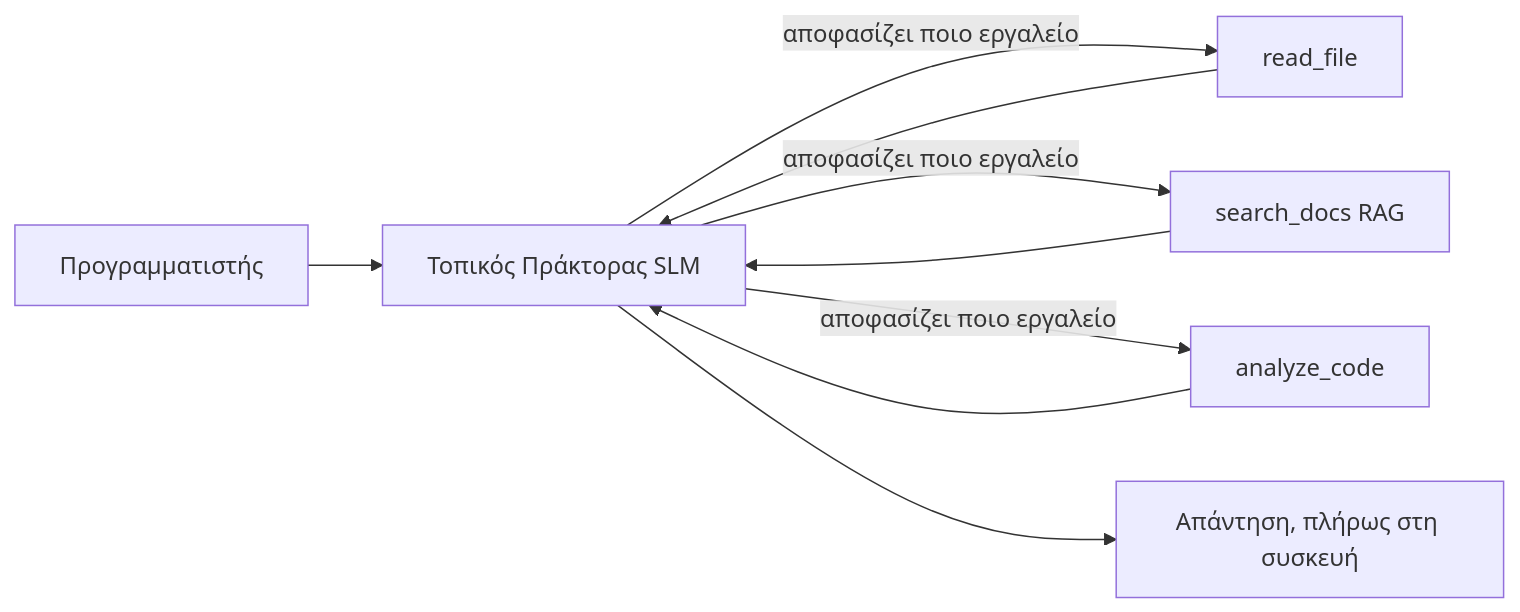
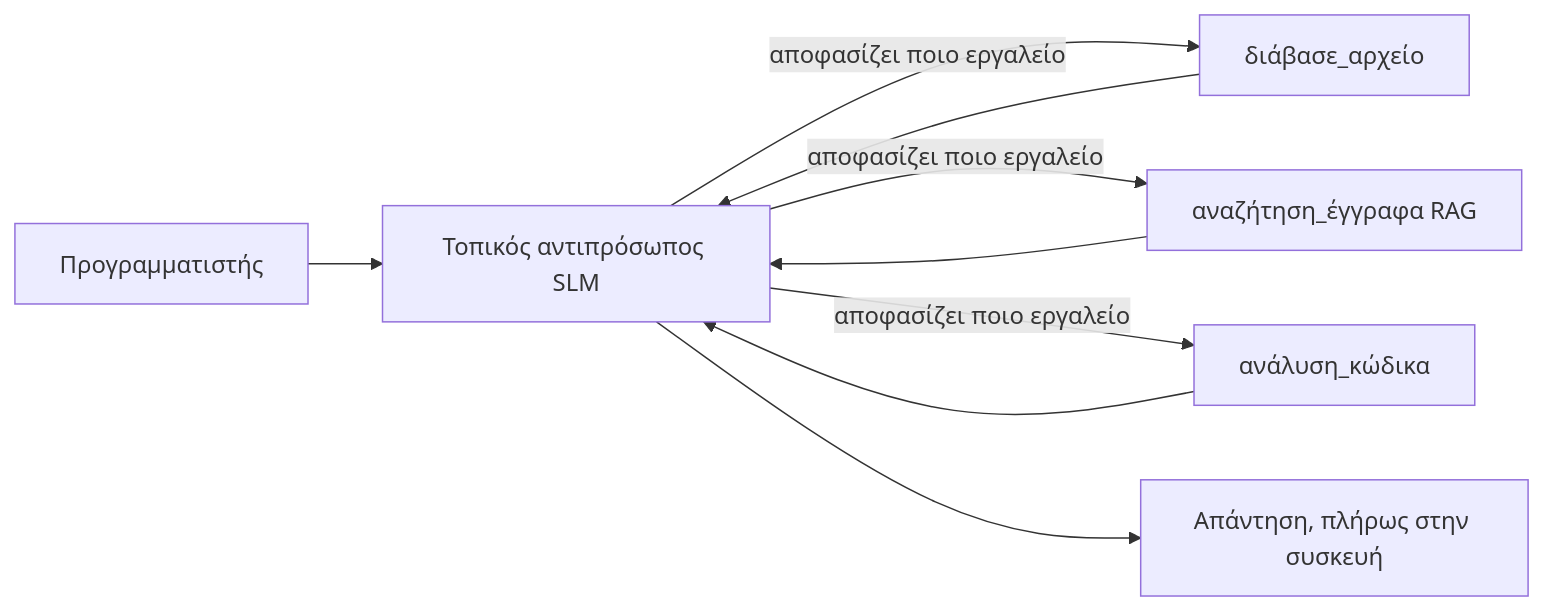
Before and after one commit to gabrielmoreira/agent-skills-mirror: the first of 4 diagrams in mirrors/repos/microsoft@ai-agents-for-beginners/translations/el/17-creating-local-ai-agents/README.md, drawn with Mermaid. The commit also changed other lines of this file and 4262 other files, not shown here.

````diff
--- a/mirrors/repos/microsoft@ai-agents-for-beginners/translations/el/17-creating-local-ai-agents/README.md
+++ b/mirrors/repos/microsoft@ai-agents-for-beginners/translations/el/17-creating-local-ai-agents/README.md
@@ -66,11 +66,11 @@
 ```mermaid
 flowchart LR
-    U[Προγραμματιστής] --> A[Τοπικός Πράκτορας SLM]
-    A -->|αποφασίζει ποιο εργαλείο| T1[read_file]
-    A -->|αποφασίζει ποιο εργαλείο| T2[search_docs RAG]
-    A -->|αποφασίζει ποιο εργαλείο| T3[analyze_code]
+    U[Προγραμματιστής] --> A[Τοπικός αντιπρόσωπος SLM]
+    A -->|αποφασίζει ποιο εργαλείο| T1[διάβασε_αρχείο]
+    A -->|αποφασίζει ποιο εργαλείο| T2[αναζήτηση_έγγραφα RAG]
+    A -->|αποφασίζει ποιο εργαλείο| T3[ανάλυση_κώδικα]
     T1 --> A
     T2 --> A
     T3 --> A
-    A --> R[Απάντηση, πλήρως στη συσκευή]
+    A --> R[Απάντηση, πλήρως στην συσκευή]
 ```
````
